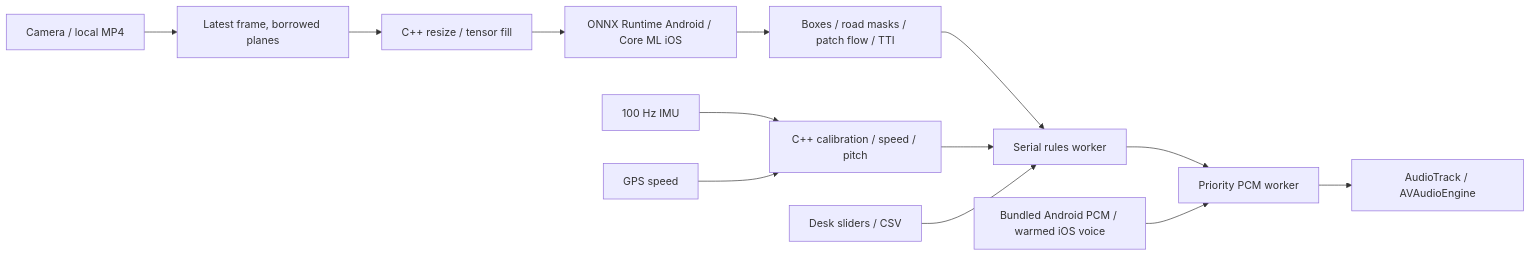
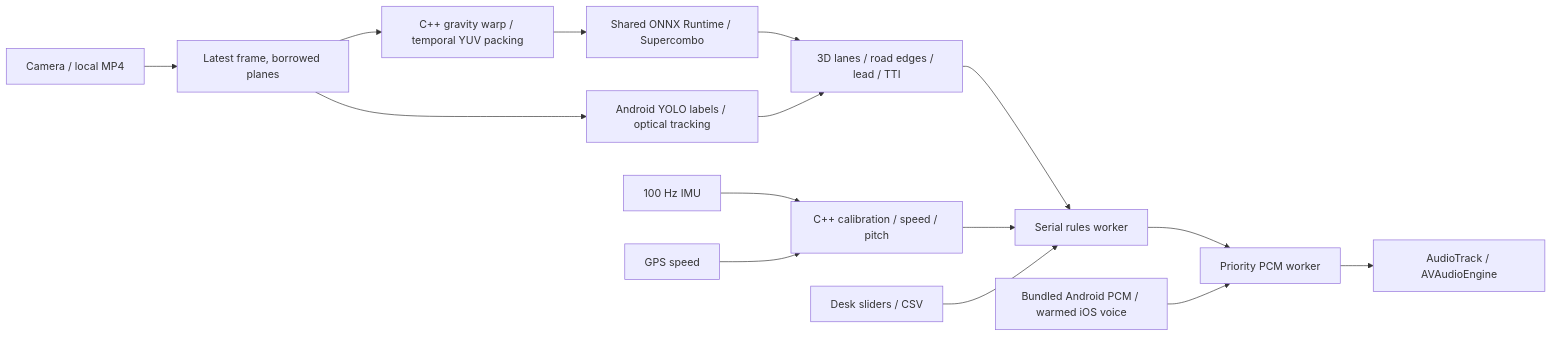
Before and after one commit to Mariyaben/LearnDrive: the diagram in README.md, drawn with Mermaid. The commit also changed other lines of this file and 242 other files, not shown here.

````diff
--- a/README.md
+++ b/README.md
@@ -33,15 +108,17 @@
 ```mermaid
 flowchart LR
   Camera[Camera / local MP4] --> Queue[Latest frame, borrowed planes]
-  Queue --> Prep[C++ resize / tensor fill]
-  Prep --> Models[ONNX Runtime Android / Core ML iOS]
-  Models --> Vision[Boxes / road masks / patch flow / TTI]
+  Queue --> Prep[C++ gravity warp / temporal YUV packing]
+  Prep --> Models[Shared ONNX Runtime / Supercombo]
+  Models --> Vision[3D lanes / road edges / lead / TTI]
+  Queue --> Semantics[Android YOLO labels / optical tracking]
+  Semantics --> Vision
   IMU[100 Hz IMU] --> Fusion[C++ calibration / speed / pitch]
   GPS[GPS speed] --> Fusion
   Vision --> Rules[Serial rules worker]
   Fusion --> Rules
   Desk[Desk sliders / CSV] --> Rules
   Rules --> Audio[Priority PCM worker]
   Cache[Bundled Android PCM / warmed iOS voice] --> Audio
   Audio --> Speakers[AudioTrack / AVAudioEngine]
 ```
````
